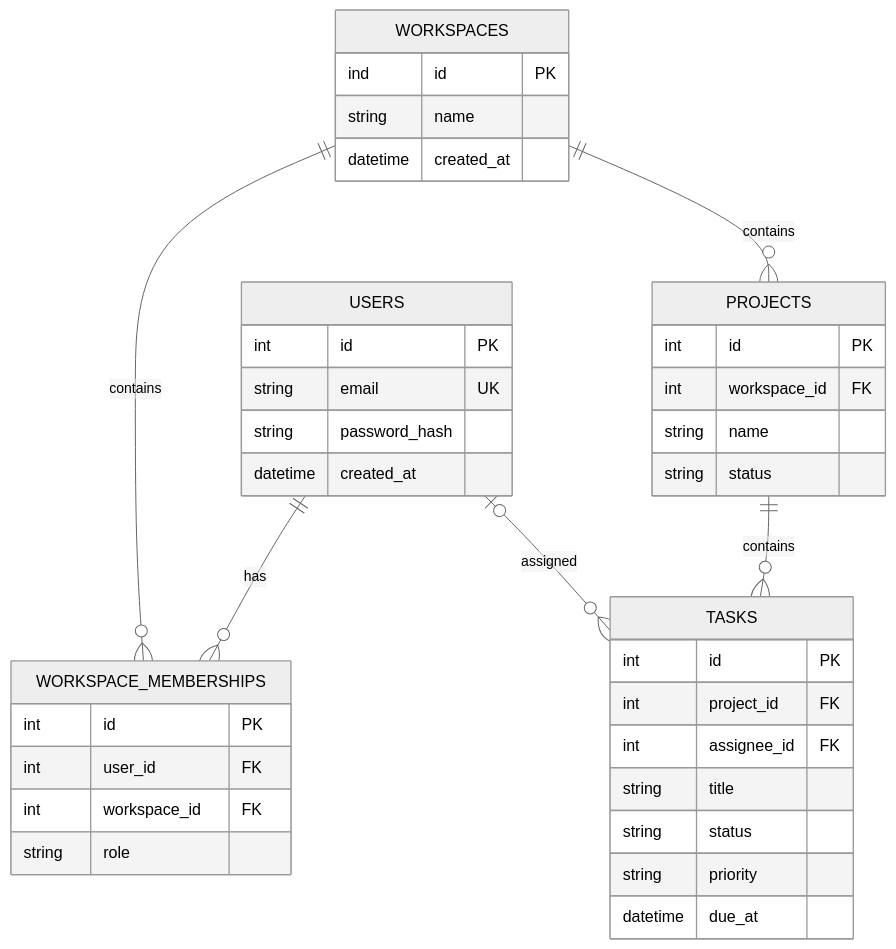
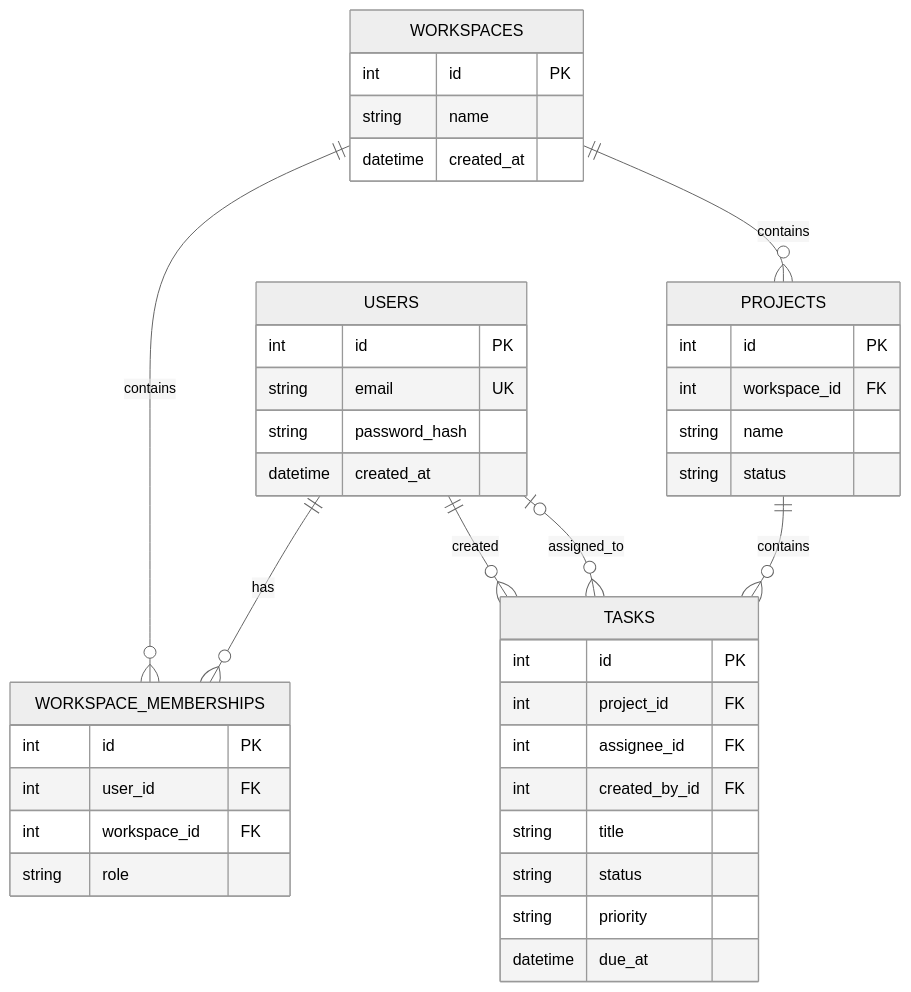
Before and after one commit to danilsavc/taskflow-ai: the diagram in docs/diagrams/database-erd.mmd, drawn with Mermaid (neutral theme). The commit also changed 20 other files, not shown here.

```diff
--- a/docs/diagrams/database-erd.mmd
+++ b/docs/diagrams/database-erd.mmd
@@ -1,43 +1,46 @@
+
 erDiagram
-USERS {
-    int id PK
-    string email UK
-    string password_hash
-    datetime created_at
-}
+    USERS {
+        int id PK
+        string email UK
+        string password_hash
+        datetime created_at
+    }
 
-WORKSPACES {
-    ind id PK
-    string name
-    datetime created_at
-}
+    WORKSPACES {
+        int id PK
+        string name
+        datetime created_at
+    }
 
-WORKSPACE_MEMBERSHIPS {
-    int id PK
-    int user_id FK
-    int workspace_id FK
-    string role
-}
+    WORKSPACE_MEMBERSHIPS {
+        int id PK
+        int user_id FK
+        int workspace_id FK
+        string role
+    }
 
-PROJECTS {
-    int id PK
-    int workspace_id FK
-    string name
-    string status
-}
+    PROJECTS {
+        int id PK
+        int workspace_id FK
+        string name
+        string status
+    }
 
-TASKS {
-    int id PK
-    int project_id FK
-    int assignee_id FK
-    string title
-    string status
-    string priority
-    datetime due_at
-}
+    TASKS {
+        int id PK
+        int project_id FK
+        int assignee_id FK
+        int created_by_id FK
+        string title
+        string status
+        string priority
+        datetime due_at
+    }
 
-USERS ||--o{ WORKSPACE_MEMBERSHIPS : has
-WORKSPACES ||--o{ WORKSPACE_MEMBERSHIPS : contains
-WORKSPACES ||--o{ PROJECTS : contains
-PROJECTS ||--o{ TASKS : contains
-USERS o|--o{ TASKS : assigned
+    USERS ||--o{ WORKSPACE_MEMBERSHIPS : has
+    WORKSPACES ||--o{ WORKSPACE_MEMBERSHIPS : contains
+    WORKSPACES ||--o{ PROJECTS : contains
+    PROJECTS ||--o{ TASKS : contains
+    USERS o|--o{ TASKS : assigned_to
+    USERS ||--o{ TASKS : created
```
